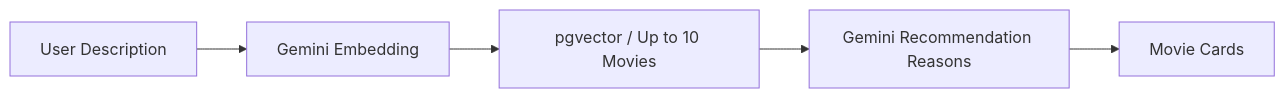
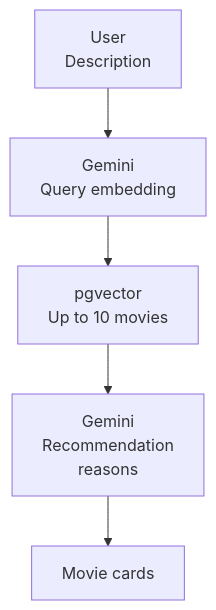
The second of 2 diagrams in README.md (a1919727/movie-db), drawn with Mermaid before and after one commit.

Commit message:
docs: Update the RAG movie search graph

````diff
--- a/README.md
+++ b/README.md
@@ -79,7 +79,7 @@
 ```mermaid
-flowchart LR
-    Q[User Description] --> E[Gemini Embedding]
-    E --> R[pgvector / Up to 10 Movies]
-    R --> G[Gemini Recommendation Reasons]
-    G --> U[Movie Cards]
+flowchart TD
+    Q["User<br/>Description"] --> E["Gemini<br/>Query embedding"]
+    E --> R["pgvector<br/>Up to 10 movies"]
+    R --> G["Gemini<br/>Recommendation<br/>reasons"]
+    G --> U["Movie cards"]
 ```
````
